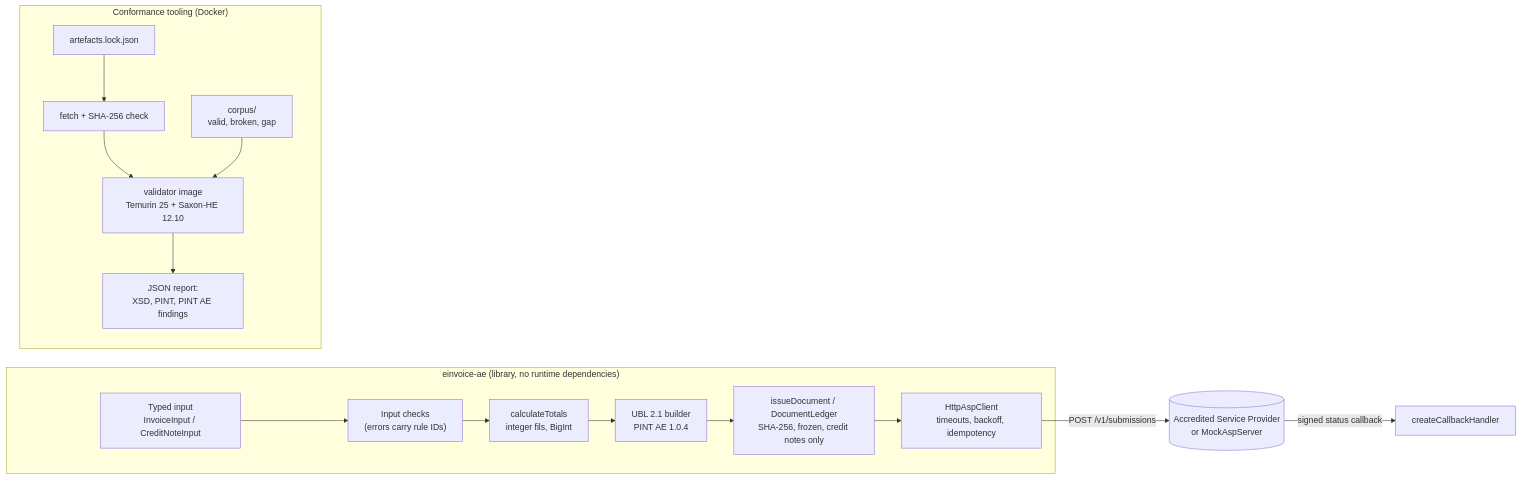
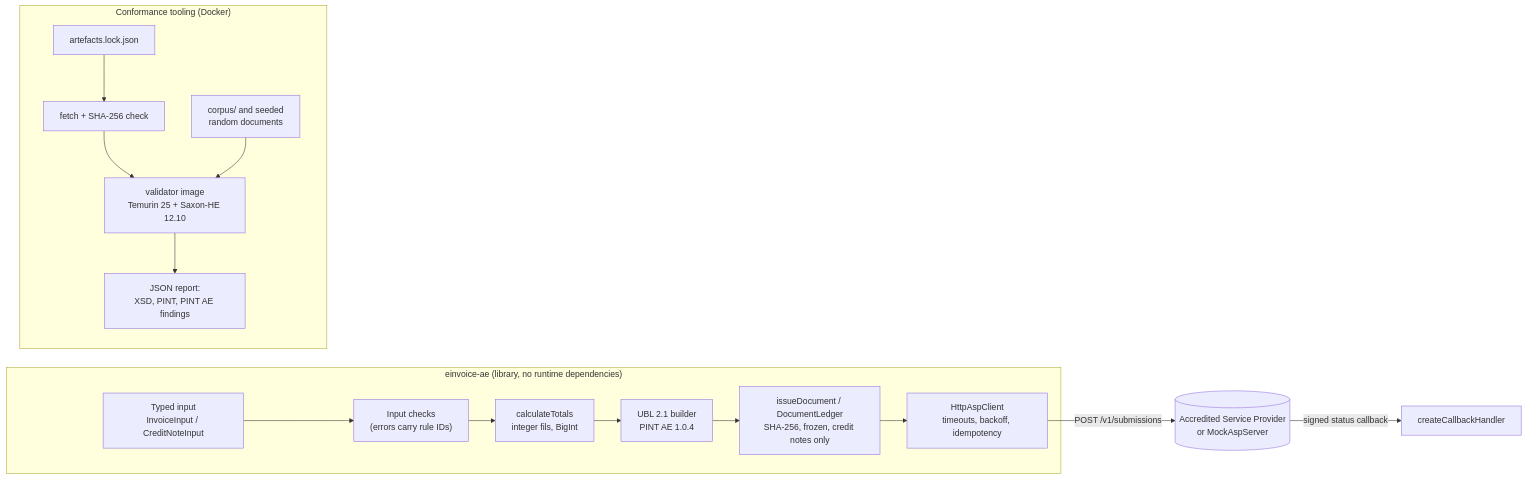
Before and after one commit to fasharif/einvoice-ae: the diagram in README.md, drawn with Mermaid. The commit also changed other lines of this file and 2 other files, not shown here.

````diff
--- a/README.md
+++ b/README.md
@@ -79,18 +97,18 @@
 ```mermaid
 flowchart LR
   subgraph lib["einvoice-ae (library, no runtime dependencies)"]
     IN["Typed input<br/>InvoiceInput / CreditNoteInput"] --> CHK["Input checks<br/>(errors carry rule IDs)"]
     CHK --> CALC["calculateTotals<br/>integer fils, BigInt"]
     CALC --> XML["UBL 2.1 builder<br/>PINT AE 1.0.4"]
     XML --> LED["issueDocument / DocumentLedger<br/>SHA-256, frozen, credit notes only"]
     LED --> CLI["HttpAspClient<br/>timeouts, backoff, idempotency"]
   end
   CLI -- "POST /v1/submissions" --> ASP[("Accredited Service Provider<br/>or MockAspServer")]
   ASP -- "signed status callback" --> CB["createCallbackHandler"]
   subgraph dev["Conformance tooling (Docker)"]
     LOCK["artefacts.lock.json"] --> FETCH["fetch + SHA-256 check"]
     FETCH --> IMG["validator image<br/>Temurin 25 + Saxon-HE 12.10"]
-    CORPUS["corpus/<br/>valid, broken, gap"] --> IMG
+    CORPUS["corpus/ and seeded<br/>random documents"] --> IMG
     IMG --> REP["JSON report:<br/>XSD, PINT, PINT AE findings"]
   end
 ```
````
